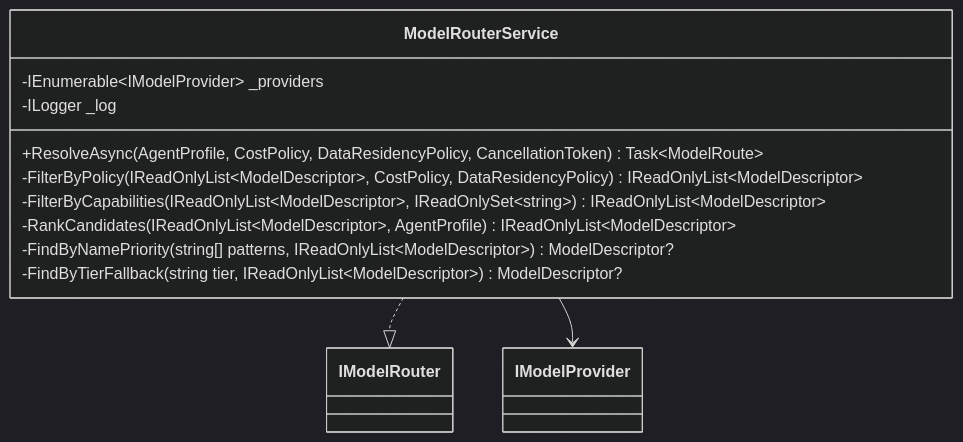
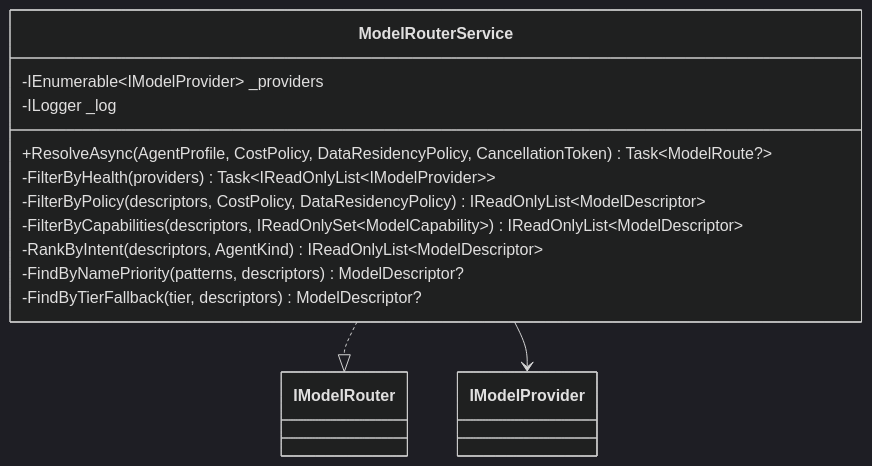
Before and after one commit to ekanatha-urivakili/EminentAiAgent: the sixth of 19 diagrams in docs/AGENT_2_AGENT_ARCHITECTURE.md, drawn with Mermaid (dark theme). The commit also changed other lines of this file and 58 other files, not shown here.

Commit message:
Agent 2 agent task orchestration

````diff
--- a/docs/AGENT_2_AGENT_ARCHITECTURE.md
+++ b/docs/AGENT_2_AGENT_ARCHITECTURE.md
@@ -651,16 +667,17 @@
 ```mermaid
 classDiagram
     class ModelRouterService {
         -IEnumerable~IModelProvider~ _providers
         -ILogger _log
-        +ResolveAsync(AgentProfile, CostPolicy, DataResidencyPolicy, CancellationToken) Task~ModelRoute~
-        -FilterByPolicy(IReadOnlyList~ModelDescriptor~, CostPolicy, DataResidencyPolicy) IReadOnlyList~ModelDescriptor~
-        -FilterByCapabilities(IReadOnlyList~ModelDescriptor~, IReadOnlySet~string~) IReadOnlyList~ModelDescriptor~
-        -RankCandidates(IReadOnlyList~ModelDescriptor~, AgentProfile) IReadOnlyList~ModelDescriptor~
-        -FindByNamePriority(string[] patterns, IReadOnlyList~ModelDescriptor~) ModelDescriptor?
-        -FindByTierFallback(string tier, IReadOnlyList~ModelDescriptor~) ModelDescriptor?
+        +ResolveAsync(AgentProfile, CostPolicy, DataResidencyPolicy, CancellationToken) Task~ModelRoute?~
+        -FilterByHealth(providers) Task~IReadOnlyList~IModelProvider~~
+        -FilterByPolicy(descriptors, CostPolicy, DataResidencyPolicy) IReadOnlyList~ModelDescriptor~
+        -FilterByCapabilities(descriptors, IReadOnlySet~ModelCapability~) IReadOnlyList~ModelDescriptor~
+        -RankByIntent(descriptors, AgentKind) IReadOnlyList~ModelDescriptor~
+        -FindByNamePriority(patterns, descriptors) ModelDescriptor?
+        -FindByTierFallback(tier, descriptors) ModelDescriptor?
     }
 
     ModelRouterService ..|> IModelRouter
     ModelRouterService --> IModelProvider
 ```
````
